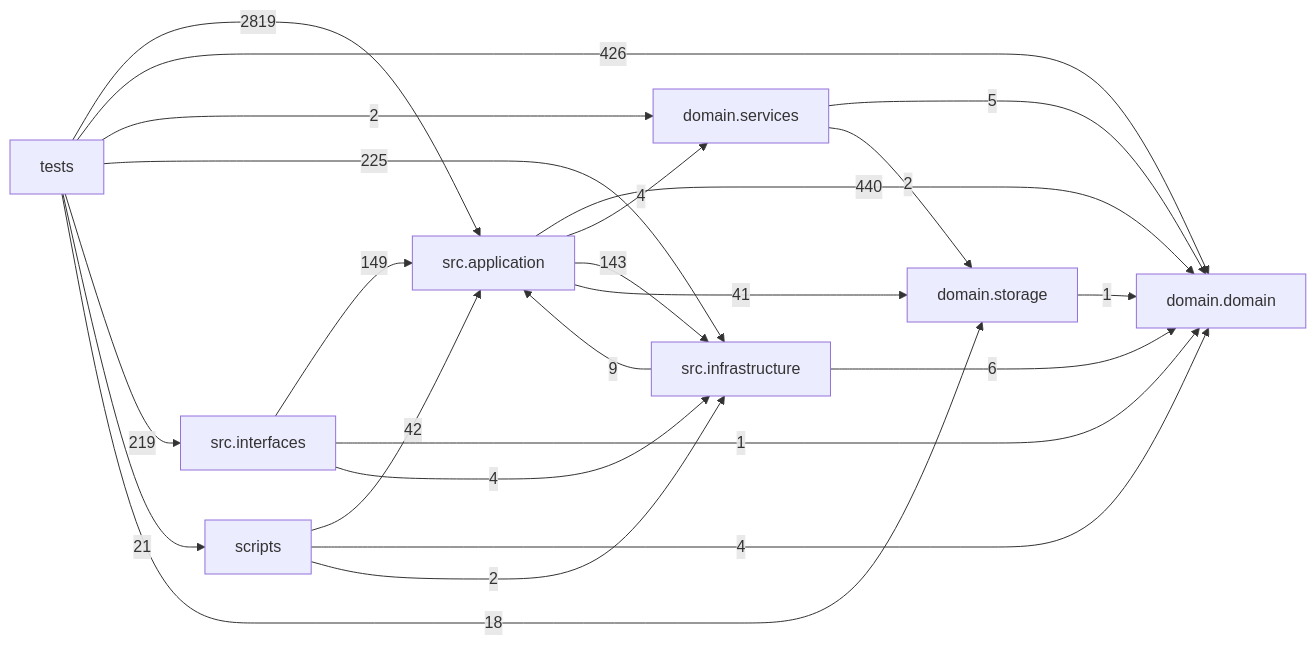
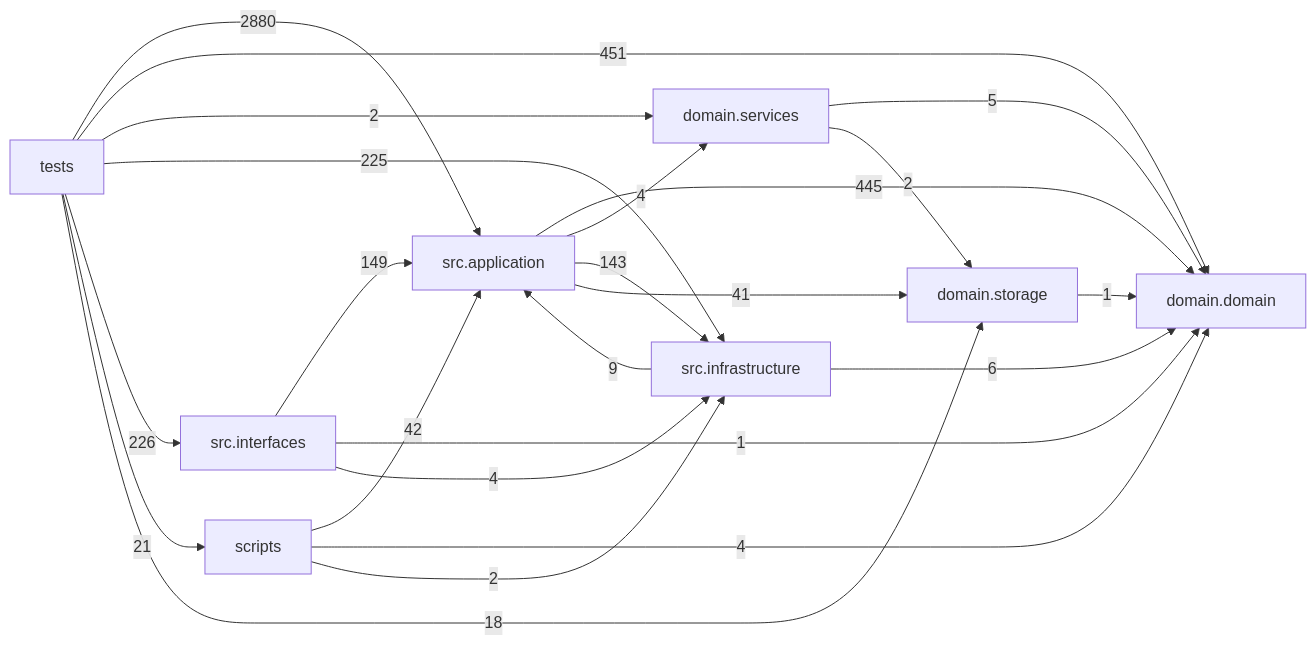
Before and after one commit to liuxie066/options-monitor: the diagram in docs/DEPENDENCY_GRAPH.md, drawn with Mermaid. The commit also changed other lines of this file and 64 other files, not shown here.

````diff
--- a/docs/DEPENDENCY_GRAPH.md
+++ b/docs/DEPENDENCY_GRAPH.md
@@ -24,33 +24,33 @@
 ```mermaid
 flowchart LR
   tests["tests"]
   scripts["scripts"]
   interfaces["src.interfaces"]
   application["src.application"]
   infrastructure["src.infrastructure"]
   domain_services["domain.services"]
   domain["domain.domain"]
   storage["domain.storage"]
-  application -->|440| domain
+  application -->|445| domain
   application -->|4| domain_services
   application -->|143| infrastructure
   application -->|41| storage
   domain_services -->|5| domain
   domain_services -->|2| storage
   infrastructure -->|9| application
   infrastructure -->|6| domain
   interfaces -->|149| application
   interfaces -->|1| domain
   interfaces -->|4| infrastructure
   scripts -->|42| application
   scripts -->|4| domain
   scripts -->|2| infrastructure
   storage -->|1| domain
-  tests -->|2819| application
-  tests -->|426| domain
+  tests -->|2880| application
+  tests -->|451| domain
   tests -->|2| domain_services
   tests -->|225| infrastructure
-  tests -->|219| interfaces
+  tests -->|226| interfaces
   tests -->|21| scripts
   tests -->|18| storage
 ```
````
